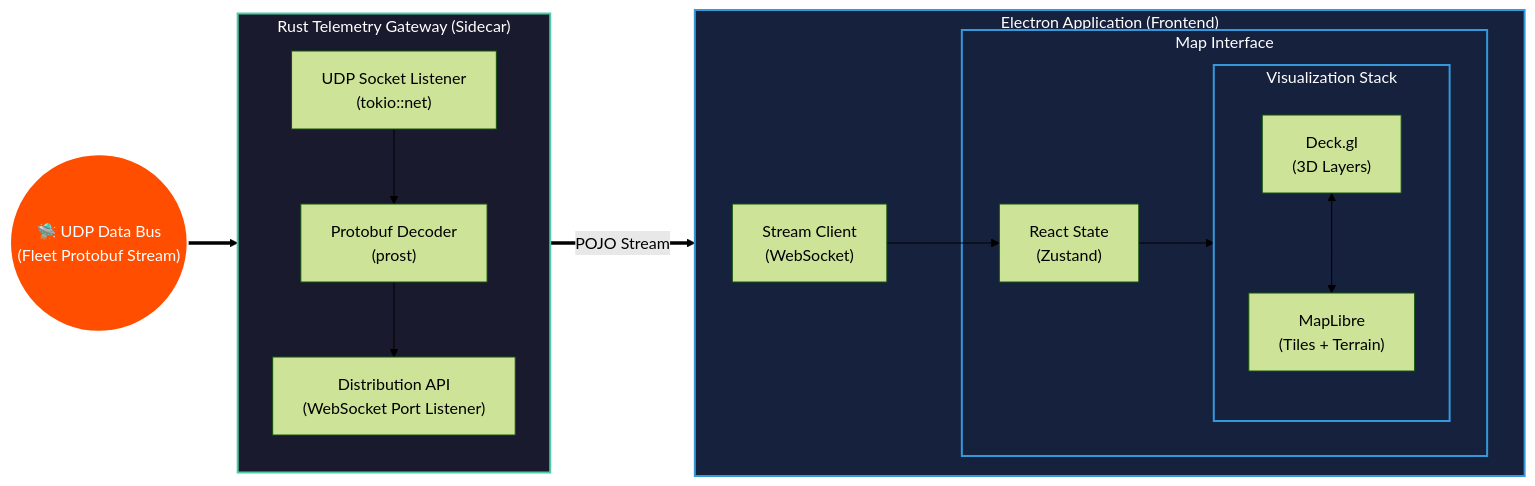
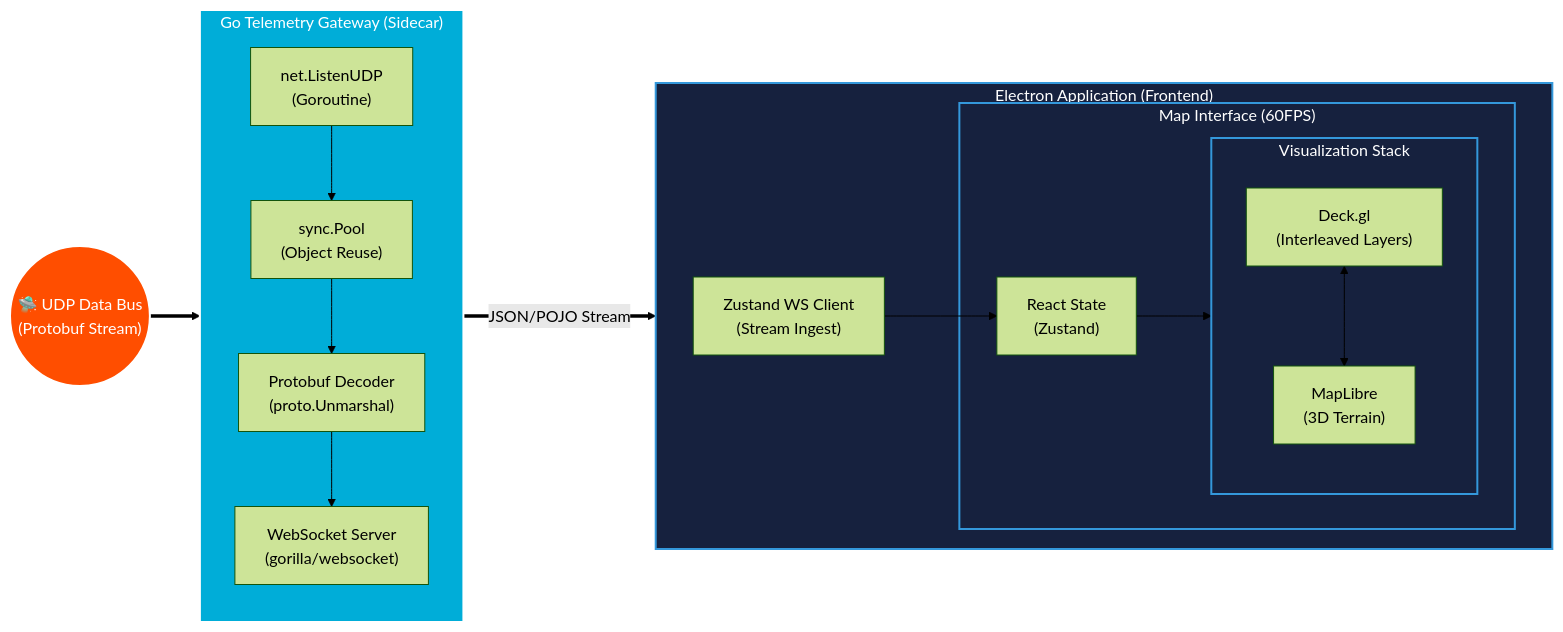
One commit to EthanMBoos/OpenC2 changed the diagram in README.md. Above: the diagram before and after it, drawn with Mermaid (forest theme). The commit also changed other lines of this file, not shown here.

Commit message:
Readme updates for Go server implementation notes

````diff
--- a/README.md
+++ b/README.md
@@ -16,48 +11,50 @@
 ```mermaid
 flowchart LR
     %% External Fleet
-    Fleet(("🛸 UDP Data Bus<br/>(Fleet Protobuf Stream)"))
+    Fleet(("🛸 UDP Data Bus<br/>(Protobuf Stream)"))
 
-    %% Headless Data Gateway (Rust)
-    subgraph RustGateway ["Rust Telemetry Gateway (Sidecar)"]
+    %% Headless Data Gateway (Go)
+    subgraph GoGateway ["Go Telemetry Gateway (Sidecar)"]
         direction TB
-        UDP_Node["UDP Socket Listener<br/>(tokio::net)"]
-        Decoder["Protobuf Decoder<br/>(prost)"]
-        WsServer["Distribution API<br/>(WebSocket Port Listener)"]
+        UDP_Listener["net.ListenUDP<br/>(Goroutine)"]
+        Pool["sync.Pool<br/>(Object Reuse)"]
+        Decoder["Protobuf Decoder<br/>(proto.Unmarshal)"]
+        WsServer["WebSocket Server<br/>(gorilla/websocket)"]
         
-        UDP_Node --> Decoder --> WsServer
+        UDP_Listener --> Pool
+        Pool --> Decoder --> WsServer
     end
 
     %% Main C2 Client
     subgraph Electron ["Electron Application (Frontend)"]
         direction LR
-        WsClient["Stream Client<br/>(WebSocket)"]
+        WsClient["Zustand WS Client<br/>(Stream Ingest)"]
 
-        subgraph UI ["Map Interface"]
+        subgraph UI ["Map Interface (60FPS)"]
             State["React State<br/>(Zustand)"]
             
             subgraph Map ["Visualization Stack"]
                 direction TB
-                Deck["Deck.gl<br/>(3D Layers)"]
-                MapLibre["MapLibre<br/>(Tiles + Terrain)"]
+                Deck["Deck.gl<br/>(Interleaved Layers)"]
+                MapLibre["MapLibre<br/>(3D Terrain)"]
             end
             
             State --> Deck
             Deck <--> MapLibre
         end
         WsClient --> State
     end
 
     %% Connections
-    Fleet ==> UDP_Node
-    WsServer == "POJO Stream" ==> WsClient
+    Fleet ==> UDP_Listener
+    WsServer == "JSON/POJO Stream" ==> WsClient
 
     %% Styling
     classDef bus fill:#ff4e00,stroke:#fff,stroke-width:2px,color:#fff;
-    classDef backend fill:#1a1a2e,stroke:#4ecca3,stroke-width:2px,color:#fff;
+    classDef backend fill:#00add8,stroke:#fff,stroke-width:2px,color:#fff;
     classDef ui fill:#16213e,stroke:#3498db,stroke-width:2px,color:#fff;
 
     class Fleet bus;
-    class RustGateway backend;
+    class GoGateway backend;
     class Electron,UI,Map ui;
 ```
````
